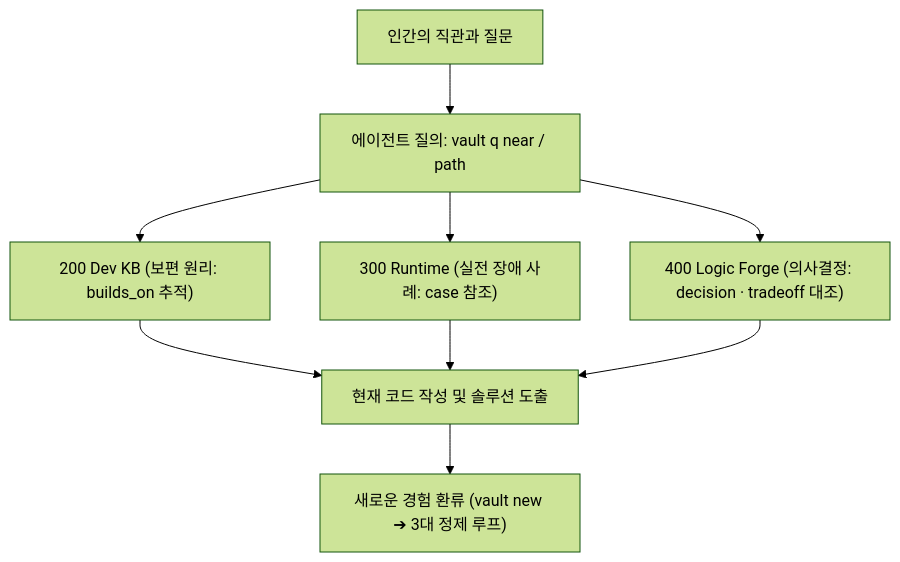
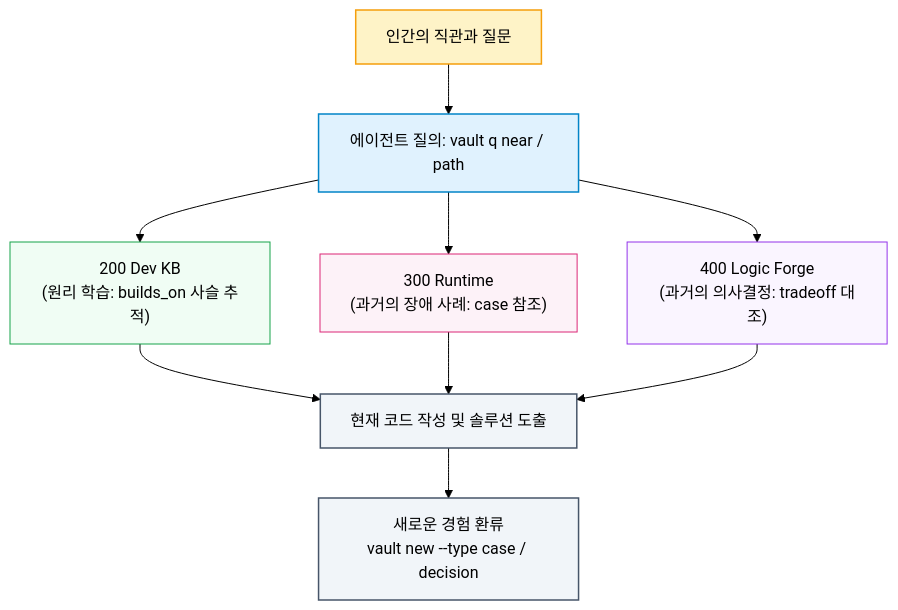
The diagram in _posts/tech/ai-agent-architecture/10 기록의 악마는 고립된 노트의 꿈을 꾸지 않는다.md (tomato-vault/tomato-vault.github.io), drawn with Mermaid (forest theme) before and after one commit. The commit also changed 19 other files, not shown here.

First line of the commit message:
Refactor ontology engineering documentation with enhanced diagrams and clarity

````diff
--- a/_posts/tech/ai-agent-architecture/10 기록의 악마는 고립된 노트의 꿈을 꾸지 않는다.md
+++ b/_posts/tech/ai-agent-architecture/10 기록의 악마는 고립된 노트의 꿈을 꾸지 않는다.md
@@ -76,9 +76,28 @@
 ```mermaid
 flowchart TD
     Human["인간의 직관과 질문"] --> Query["에이전트 질의: vault q near / path"]
-    Query --> KB["200 Dev KB (보편 원리: builds_on 추적)"]
-    Query --> Runtime["300 Runtime (실전 장애 사례: case 참조)"]
-    Query --> Logic["400 Logic Forge (의사결정: decision · tradeoff 대조)"]
-    KB & Runtime & Logic --> Code["현재 코드 작성 및 솔루션 도출"]
-    Code --> Feedback["새로운 경험 환류 (vault new ➔ 3대 정제 루프)"]
+    
+    Query --> KB["200 Dev KB<br/>(원리 학습: builds_on 사슬 추적)"]
+    Query --> Runtime["300 Runtime<br/>(과거의 장애 사례: case 참조)"]
+    Query --> Logic["400 Logic Forge<br/>(과거의 의사결정: tradeoff 대조)"]
+    
+    KB --> Code["현재 코드 작성 및 솔루션 도출"]
+    Runtime --> Code
+    Logic --> Code
+    
+    Code --> Feedback["새로운 경험 환류<br/>vault new --type case / decision"]
+
+    classDef humanNode fill:#fef3c7,stroke:#f59e0b,stroke-width:1.5px
+    classDef agentNode fill:#e0f2fe,stroke:#0284c7,stroke-width:1.5px
+    classDef kbNode fill:#f0fdf4,stroke:#16a34a,stroke-width:1px
+    classDef runNode fill:#fdf2f8,stroke:#db2777,stroke-width:1px
+    classDef logicNode fill:#faf5ff,stroke:#9333ea,stroke-width:1px
+    classDef outNode fill:#f1f5f9,stroke:#475569,stroke-width:1.5px
+
+    class Human humanNode
+    class Query agentNode
+    class KB kbNode
+    class Runtime runNode
+    class Logic logicNode
+    class Code,Feedback outNode
 ```
````
